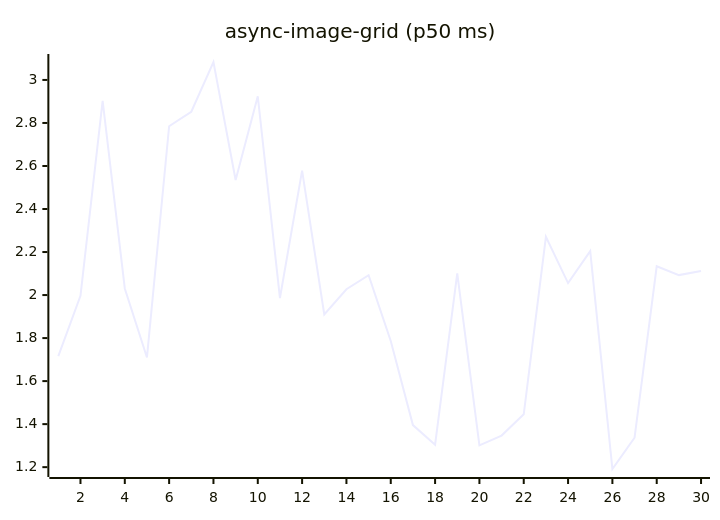
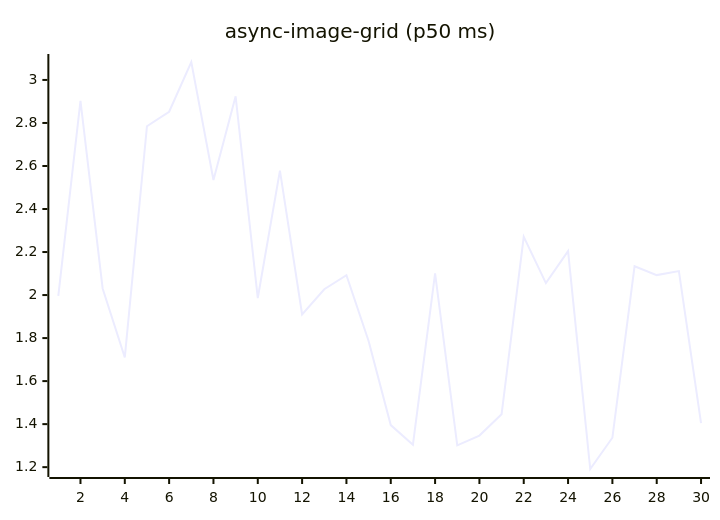
Before and after one commit to josha/Facet: the fifth of 27 diagrams in README.md, drawn with Mermaid. The commit also changed other lines of this file and 2 other files, not shown here.

````diff
--- a/README.md
+++ b/README.md
@@ -91,6 +91,6 @@
 ```mermaid
 xychart-beta
     title "async-image-grid (p50 ms)"
     x-axis 1 --> 30
-    line [1.7163, 1.9964, 2.9032, 2.0307, 1.7099, 2.7848, 2.8523, 3.0834, 2.5349, 2.9237, 1.9862, 2.5787, 1.9102, 2.0270, 2.0924, 1.7862, 1.3954, 1.3043, 2.1007, 1.3011, 1.3467, 1.4457, 2.2705, 2.0555, 2.2044, 1.1914, 1.3367, 2.1339, 2.0928, 2.1114]
+    line [1.9964, 2.9032, 2.0307, 1.7099, 2.7848, 2.8523, 3.0834, 2.5349, 2.9237, 1.9862, 2.5787, 1.9102, 2.0270, 2.0924, 1.7862, 1.3954, 1.3043, 2.1007, 1.3011, 1.3467, 1.4457, 2.2705, 2.0555, 2.2044, 1.1914, 1.3367, 2.1339, 2.0928, 2.1114, 1.4048]
 ```
````
